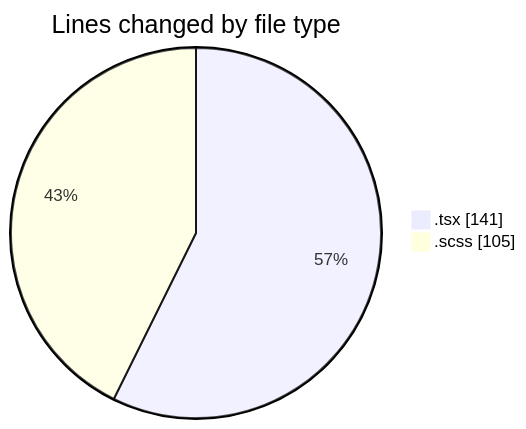
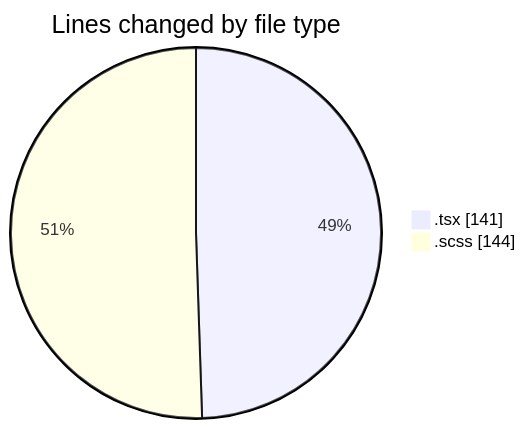
Before and after one commit to momahboobian/code-tracking: the first of 2 diagrams in 2025-03-27/cda/README.md, drawn with Mermaid. The commit also changed other lines of this file and 1 other file, not shown here.

````diff
--- a/2025-03-27/cda/README.md
+++ b/2025-03-27/cda/README.md
@@ -21,6 +21,6 @@
 ```mermaid
 pie showData
 title Lines changed by file type
 ".tsx" : 141
-".scss" : 105
+".scss" : 144
 ```
````
